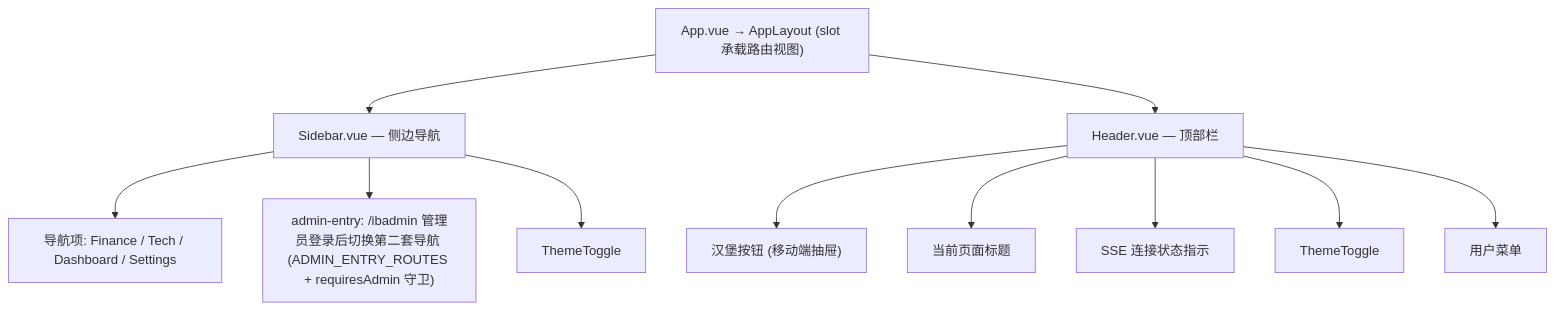
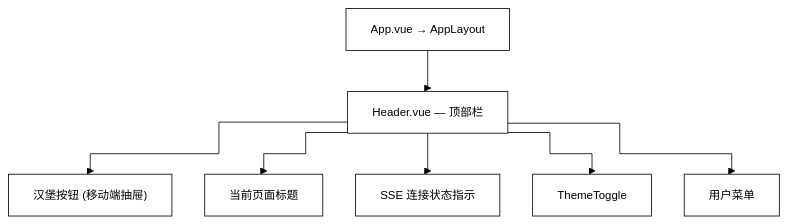
The second of 3 diagrams in docs/design/frontend.md (onceme/instantboard), drawn with Mermaid before and after one commit. The commit also changed other lines of this file and 11 other files, not shown here.

Commit message:
docs: unify mermaid diagrams to black-and-white orthogonal style

````diff
--- a/docs/design/frontend.md
+++ b/docs/design/frontend.md
@@ -90,16 +106,11 @@
 ```mermaid
+%%{init: {"theme": "base", "themeVariables": {"background": "#ffffff", "primaryColor": "#ffffff", "primaryTextColor": "#000000", "primaryBorderColor": "#000000", "lineColor": "#000000", "secondaryColor": "#ffffff", "secondaryTextColor": "#000000", "secondaryBorderColor": "#000000", "tertiaryColor": "#ffffff", "tertiaryTextColor": "#000000", "tertiaryBorderColor": "#000000", "edgeLabelBackground": "#ffffff", "textColor": "#000000", "nodeTextColor": "#000000", "mainBkg": "#ffffff", "nodeBorder": "#000000", "clusterBkg": "#ffffff", "clusterBdr": "#000000", "clusterTextColor": "#000000", "titleColor": "#000000", "fontSize": "14px"}, "flowchart": {"curve": "step", "nodeSpacing": 40, "rankSpacing": 50, "wrappingWidth": 180, "useMaxWidth": true}}}%%
 graph TD
-  AppVue["App.vue → AppLayout (slot 承载路由视图)"]
-
-  AppVue --> SideVue["Sidebar.vue — 侧边导航"]
-  SideVue --> NavItems["导航项: Finance / Tech / Dashboard / Settings"]
-  SideVue --> AdminNav["admin-entry: /ibadmin 管理员登录后切换第二套导航 (ADMIN_ENTRY_ROUTES + requiresAdmin 守卫)"]
-  SideVue --> ThemeSide["ThemeToggle"]
-
+  AppVue["App.vue → AppLayout"]
   AppVue --> HeaderVue["Header.vue — 顶部栏"]
   HeaderVue --> HB["汉堡按钮 (移动端抽屉)"]
   HeaderVue --> PageTitle["当前页面标题"]
   HeaderVue --> SSEState["SSE 连接状态指示"]
   HeaderVue --> ThemeToggleH["ThemeToggle"]
   HeaderVue --> UserMenu["用户菜单"]
 ```
````
